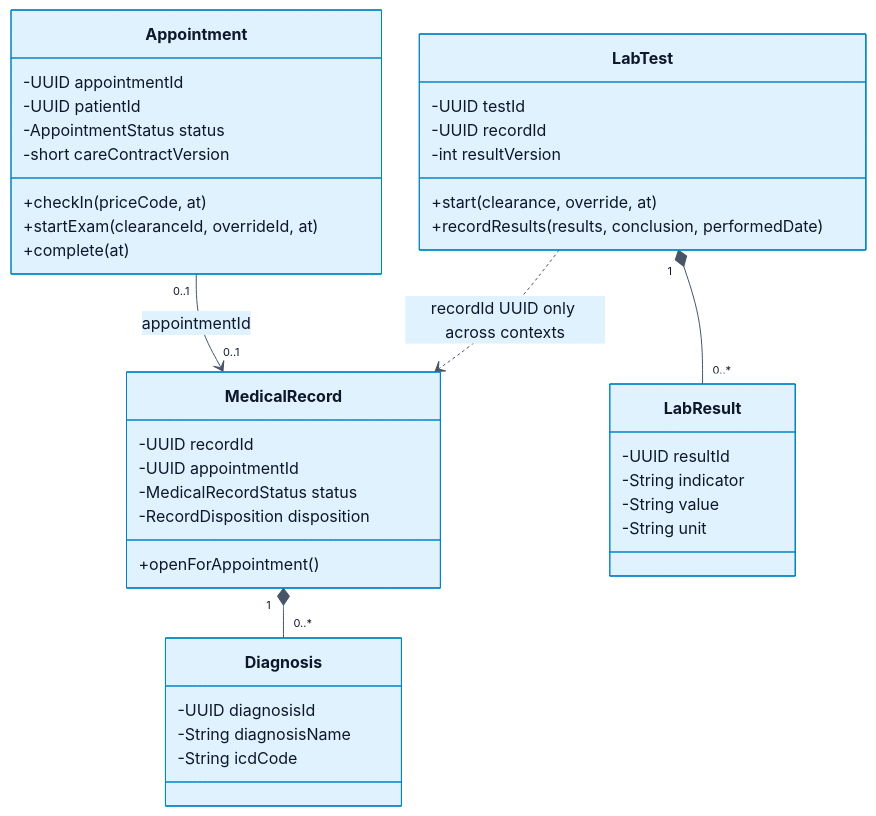
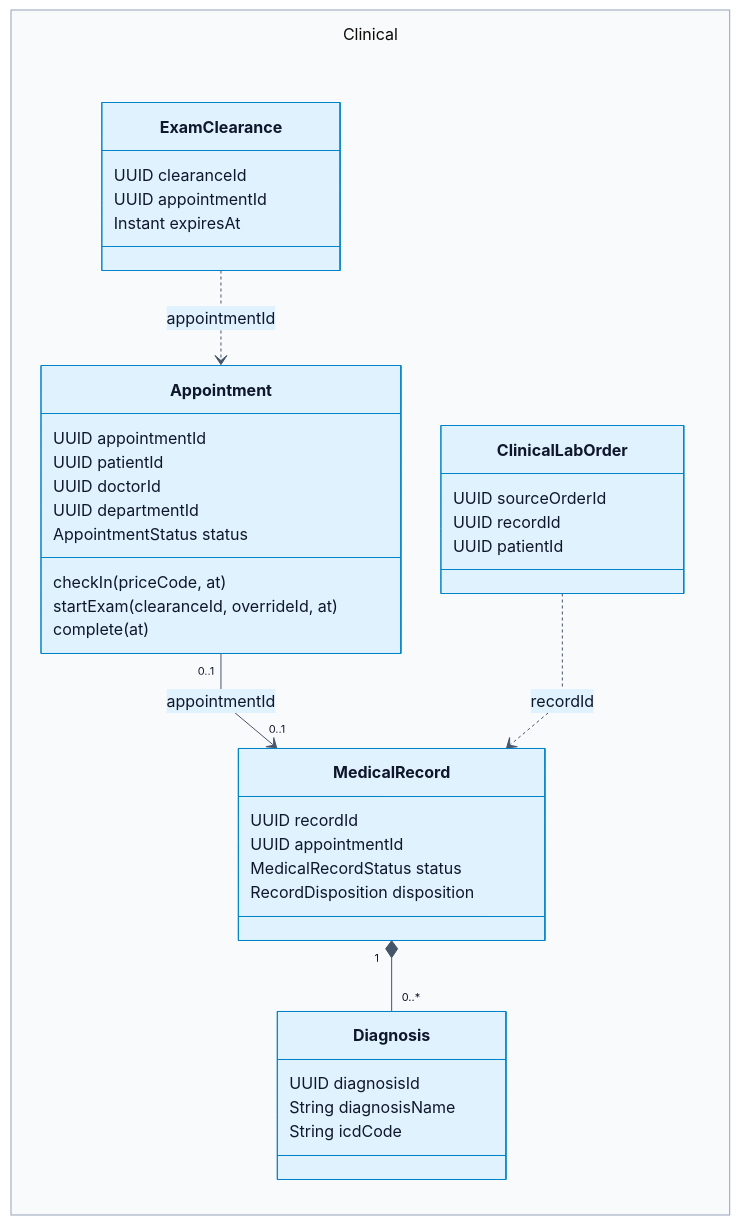
Before and after one commit to Dangvinh77/MediFlow: the diagram in docs/monitor_proj_progress/02-giai-doan-2-thiet-ke-giao-dien-tieu-chuan/review-2/assets/mermaid/10-vi.mmd, drawn with Mermaid. The commit also changed 896 other files, not shown here.

Commit message:
docs(review2): align diagrams with supervisor feedback

```diff
--- a/docs/monitor_proj_progress/02-giai-doan-2-thiet-ke-giao-dien-tieu-chuan/review-2/assets/mermaid/10-vi.mmd
+++ b/docs/monitor_proj_progress/02-giai-doan-2-thiet-ke-giao-dien-tieu-chuan/review-2/assets/mermaid/10-vi.mmd
@@ -1,40 +1,40 @@
-%%{init: {"theme": "base", "securityLevel": "loose", "fontFamily": "Arial, sans-serif", "themeVariables": {"primaryColor": "#e0f2fe", "primaryTextColor": "#0f172a", "primaryBorderColor": "#0284c7", "lineColor": "#475569", "secondaryColor": "#ccfbf1", "tertiaryColor": "#f1f5f9", "background": "#ffffff", "mainBkg": "#e0f2fe", "nodeBorder": "#0284c7", "clusterBkg": "#f8fafc", "clusterBorder": "#94a3b8", "actorBkg": "#e0f2fe", "actorBorder": "#0284c7", "actorTextColor": "#0f172a", "signalColor": "#475569", "signalTextColor": "#0f172a", "labelBoxBkgColor": "#f1f5f9", "labelBoxBorderColor": "#94a3b8", "activationBkgColor": "#ccfbf1", "activationBorderColor": "#0f766e", "sequenceNumberColor": "#ffffff", "attributeBackgroundColorOdd": "#ffffff", "attributeBackgroundColorEven": "#f0f9ff"}, "flowchart": {"htmlLabels": true, "curve": "basis", "nodeSpacing": 30, "rankSpacing": 50}, "sequence": {"useMaxWidth": true, "wrap": true}, "er": {"useMaxWidth": true}}}%%
+%%{init: {"theme": "base", "securityLevel": "loose", "fontFamily": "Arial, sans-serif", "themeVariables": {"primaryColor": "#e0f2fe", "primaryTextColor": "#0f172a", "primaryBorderColor": "#0284c7", "lineColor": "#475569", "secondaryColor": "#ccfbf1", "tertiaryColor": "#f1f5f9", "background": "#ffffff", "mainBkg": "#e0f2fe", "nodeBorder": "#0284c7", "clusterBkg": "#f8fafc", "clusterBorder": "#94a3b8", "actorBkg": "#e0f2fe", "actorBorder": "#0284c7", "actorTextColor": "#0f172a", "signalColor": "#475569", "signalTextColor": "#0f172a", "labelBoxBkgColor": "#f1f5f9", "labelBoxBorderColor": "#94a3b8", "activationBkgColor": "#ccfbf1", "activationBorderColor": "#0f766e", "sequenceNumberColor": "#ffffff", "attributeBackgroundColorOdd": "#ffffff", "attributeBackgroundColorEven": "#f0f9ff"}, "flowchart": {"htmlLabels": true, "curve": "linear", "nodeSpacing": 40, "rankSpacing": 46, "subGraphTitleMargin": {"top": 12, "bottom": 45}}, "sequence": {"useMaxWidth": true, "wrap": true, "actorMargin": 55, "width": 175, "messageMargin": 30, "mirrorActors": false}, "er": {"useMaxWidth": true}, "maxTextSize": 2000000, "class": {"nodeSpacing": 30, "rankSpacing": 55}}}%%
 classDiagram
- class Appointment {
- -UUID appointmentId
- -UUID patientId
- -AppointmentStatus status
- -short careContractVersion
- +checkIn(priceCode, at)
- +startExam(clearanceId, overrideId, at)
- +complete(at)
- }
- class MedicalRecord {
- -UUID recordId
- -UUID appointmentId
- -MedicalRecordStatus status
- -RecordDisposition disposition
- +openForAppointment()
- }
- class Diagnosis {
- -UUID diagnosisId
- -String diagnosisName
- -String icdCode
- }
- class LabTest {
- -UUID testId
- -UUID recordId
- -int resultVersion
- +start(clearance, override, at)
- +recordResults(results, conclusion, performedDate)
- }
- class LabResult {
- -UUID resultId
- -String indicator
- -String value
- -String unit
+ direction LR
+ namespace Clinical {
+  class Appointment {
+   UUID appointmentId
+   UUID patientId
+   UUID doctorId
+   UUID departmentId
+   AppointmentStatus status
+   checkIn(priceCode, at)
+   startExam(clearanceId, overrideId, at)
+   complete(at)
+  }
+  class MedicalRecord {
+   UUID recordId
+   UUID appointmentId
+   MedicalRecordStatus status
+   RecordDisposition disposition
+  }
+  class Diagnosis {
+   UUID diagnosisId
+   String diagnosisName
+   String icdCode
+  }
+  class ClinicalLabOrder {
+   UUID sourceOrderId
+   UUID recordId
+   UUID patientId
+  }
+  class ExamClearance {
+   UUID clearanceId
+   UUID appointmentId
+   Instant expiresAt
+  }
  }
  Appointment "0..1" --> "0..1" MedicalRecord : appointmentId
  MedicalRecord "1" *-- "0..*" Diagnosis
- LabTest "1" *-- "0..*" LabResult
- LabTest ..> MedicalRecord : recordId UUID only across contexts
+ ClinicalLabOrder ..> MedicalRecord : recordId
+ ExamClearance ..> Appointment : appointmentId
```
